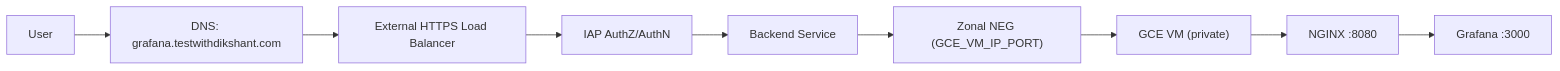
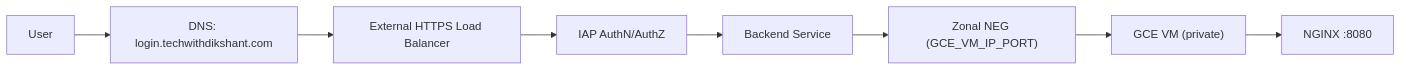
One commit to dikshant-devops/dikshant-blog-boost changed the diagram in public/blog-posts/configure-IAP-in-GCP.md. Above: the diagram before and after it, drawn with Mermaid. The commit also changed other lines of this file, not shown here.

First line of the commit message:
Revise blog post to secure NGINX login site on GCP

````diff
--- a/public/blog-posts/configure-IAP-in-GCP.md
+++ b/public/blog-posts/configure-IAP-in-GCP.md
@@ -27,11 +27,10 @@
 ```mermaid
 flowchart LR
-  U["User"] --> DNS["DNS: grafana.testwithdikshant.com"]
+  U["User"] --> DNS["DNS: login.techwithdikshant.com"]
   DNS --> LB["External HTTPS Load Balancer"]
-  LB --> IAP["IAP AuthZ/AuthN"]
+  LB --> IAP["IAP AuthN/AuthZ"]
   IAP --> BE["Backend Service"]
   BE --> NEG["Zonal NEG (GCE_VM_IP_PORT)"]
   NEG --> VM["GCE VM (private)"]
   VM --> NGINX["NGINX :8080"]
-  NGINX --> GF["Grafana :3000"]
 ```
````
